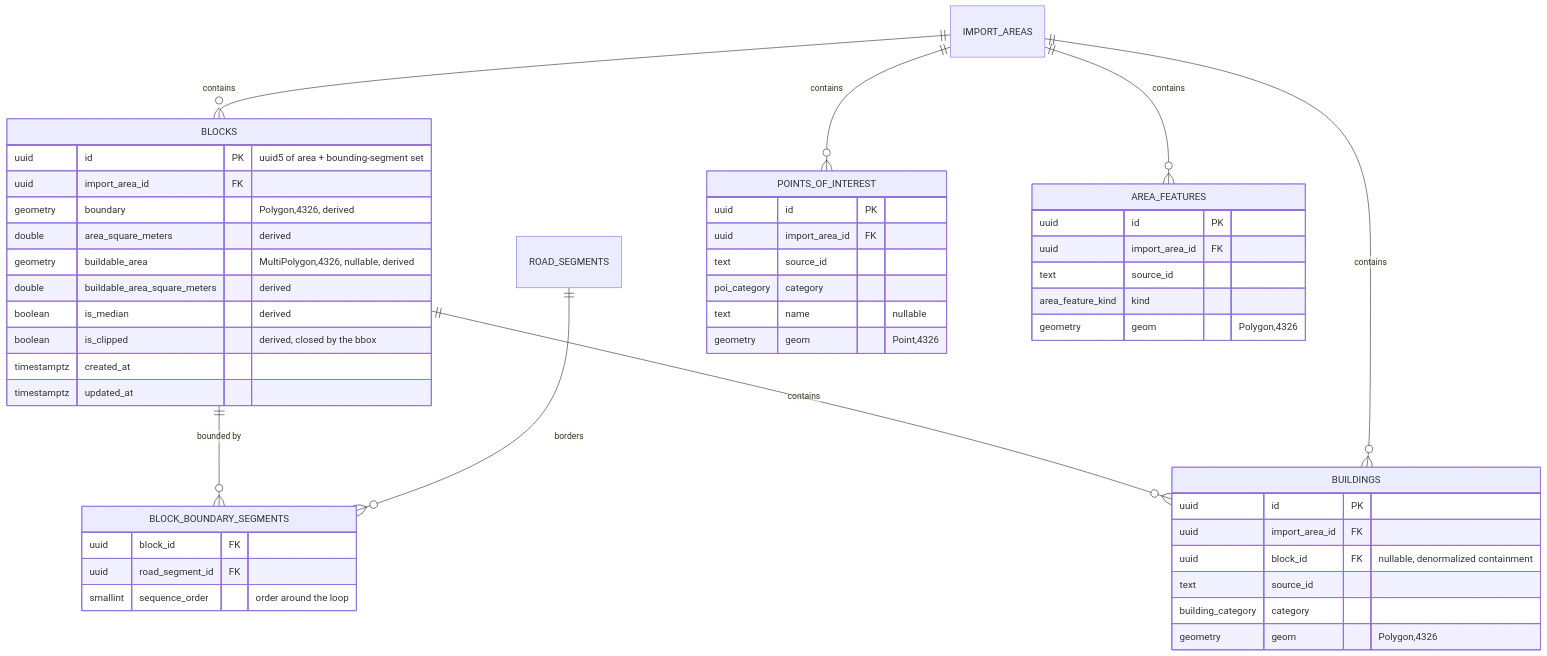
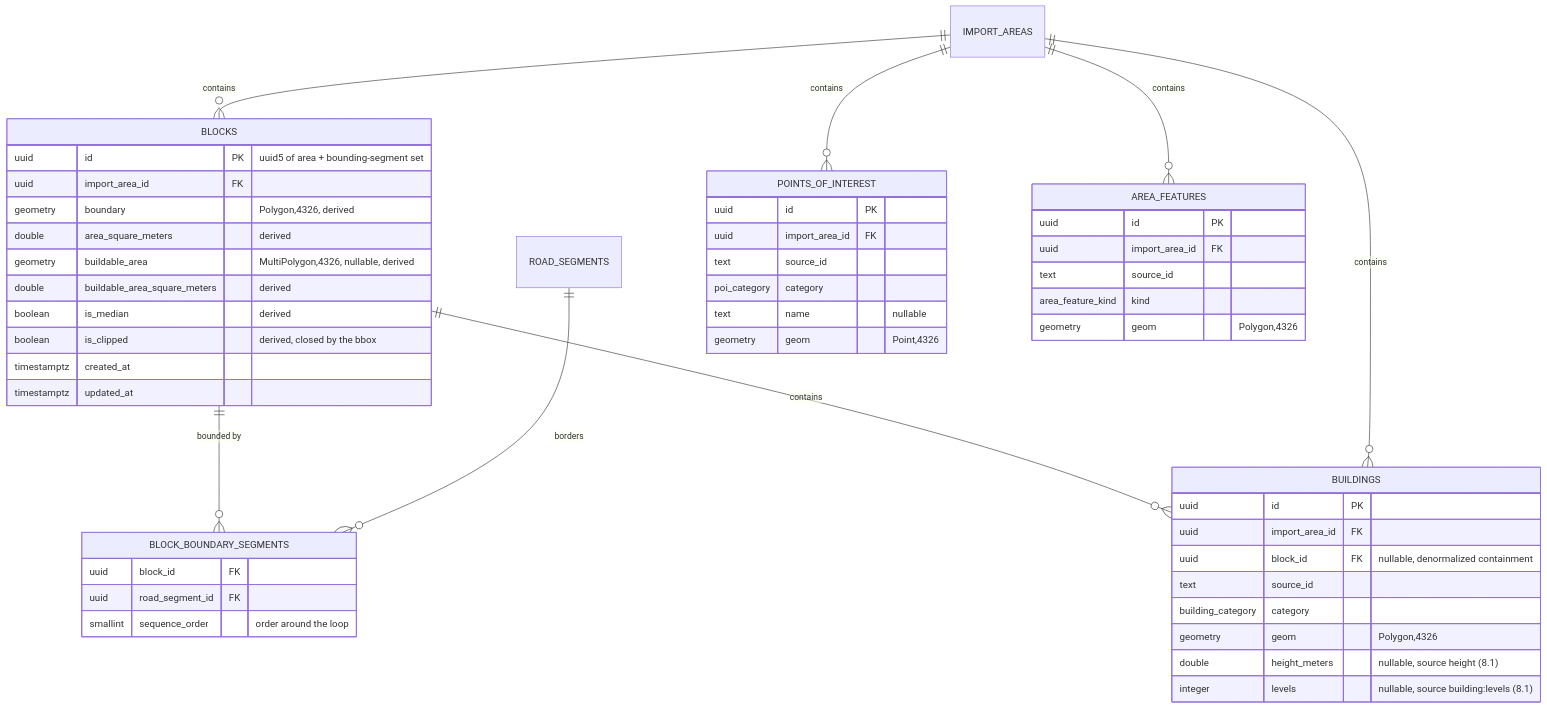
One commit to josuecm13/geospatial-reconstruction-engine changed the third of 4 diagrams in docs/schema.md. Above: the diagram before and after it, drawn with Mermaid. The commit also changed other lines of this file and 20 other files, not shown here.

First line of the commit message:
feat: capture, persist, and expose building height and level count from source (#73)

````diff
--- a/docs/schema.md
+++ b/docs/schema.md
@@ -133,51 +133,53 @@
 ```mermaid
 erDiagram
     IMPORT_AREAS ||--o{ BLOCKS : contains
     BLOCKS ||--o{ BLOCK_BOUNDARY_SEGMENTS : "bounded by"
     ROAD_SEGMENTS ||--o{ BLOCK_BOUNDARY_SEGMENTS : borders
     BLOCKS ||--o{ BUILDINGS : contains
     IMPORT_AREAS ||--o{ BUILDINGS : contains
     IMPORT_AREAS ||--o{ POINTS_OF_INTEREST : contains
     IMPORT_AREAS ||--o{ AREA_FEATURES : contains
 
     BLOCKS {
         uuid id PK "uuid5 of area + bounding-segment set"
         uuid import_area_id FK
         geometry boundary "Polygon,4326, derived"
         double area_square_meters "derived"
         geometry buildable_area "MultiPolygon,4326, nullable, derived"
         double buildable_area_square_meters "derived"
         boolean is_median "derived"
         boolean is_clipped "derived, closed by the bbox"
         timestamptz created_at
         timestamptz updated_at
     }
     BLOCK_BOUNDARY_SEGMENTS {
         uuid block_id FK
         uuid road_segment_id FK
         smallint sequence_order "order around the loop"
     }
     BUILDINGS {
         uuid id PK
         uuid import_area_id FK
         uuid block_id FK "nullable, denormalized containment"
         text source_id
         building_category category
         geometry geom "Polygon,4326"
+        double height_meters "nullable, source height (8.1)"
+        integer levels "nullable, source building:levels (8.1)"
     }
     POINTS_OF_INTEREST {
         uuid id PK
         uuid import_area_id FK
         text source_id
         poi_category category
         text name "nullable"
         geometry geom "Point,4326"
     }
     AREA_FEATURES {
         uuid id PK
         uuid import_area_id FK
         text source_id
         area_feature_kind kind
         geometry geom "Polygon,4326"
     }
 ```
````
